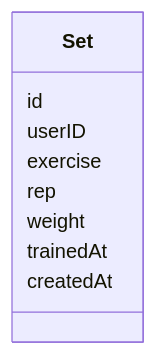
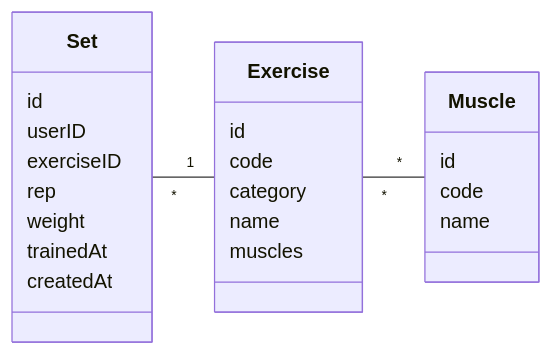
Before and after one commit to qkitzero/workout-service: the first of 2 diagrams in README.md, drawn with Mermaid.

Commit message:
docs: update README domain class diagram (#11)
Add Exercise and Muscle classes to the class diagram and reflect
that Set references an exerciseID. The Exercise-Muscle relation
is shown as a many-to-many, multiplicity-only association.

````diff
--- a/README.md
+++ b/README.md
@@ -19,14 +19,31 @@
 ```mermaid
 classDiagram
     direction LR
 
     class Set {
         id
         userID
-        exercise
+        exerciseID
         rep
         weight
         trainedAt
         createdAt
     }
+
+    class Exercise {
+        id
+        code
+        category
+        name
+        muscles
+    }
+
+    class Muscle {
+        id
+        code
+        name
+    }
+
+    Set "*" -- "1" Exercise
+    Exercise "*" -- "*" Muscle
 ```
````
